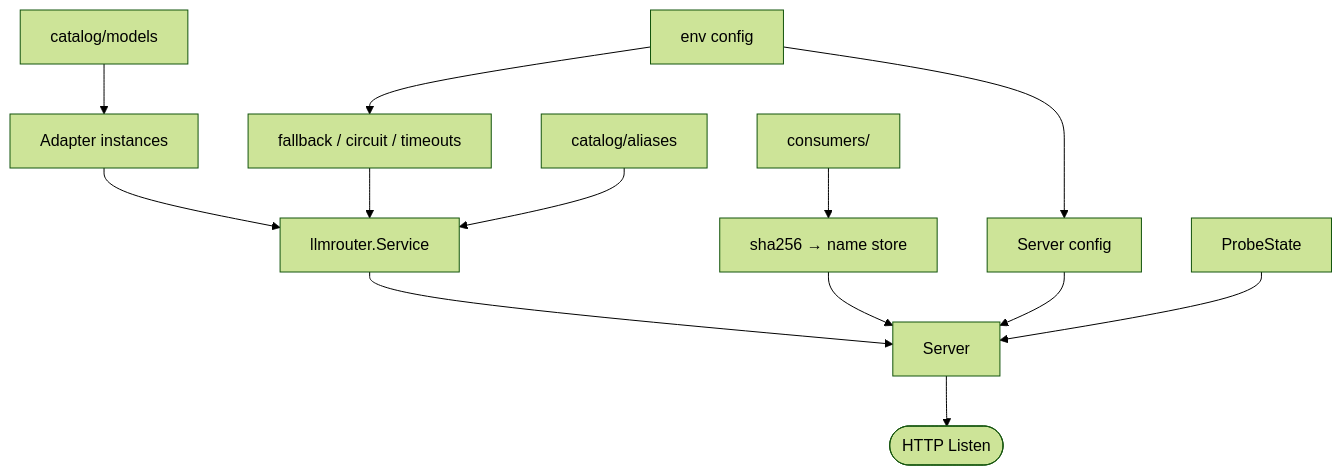
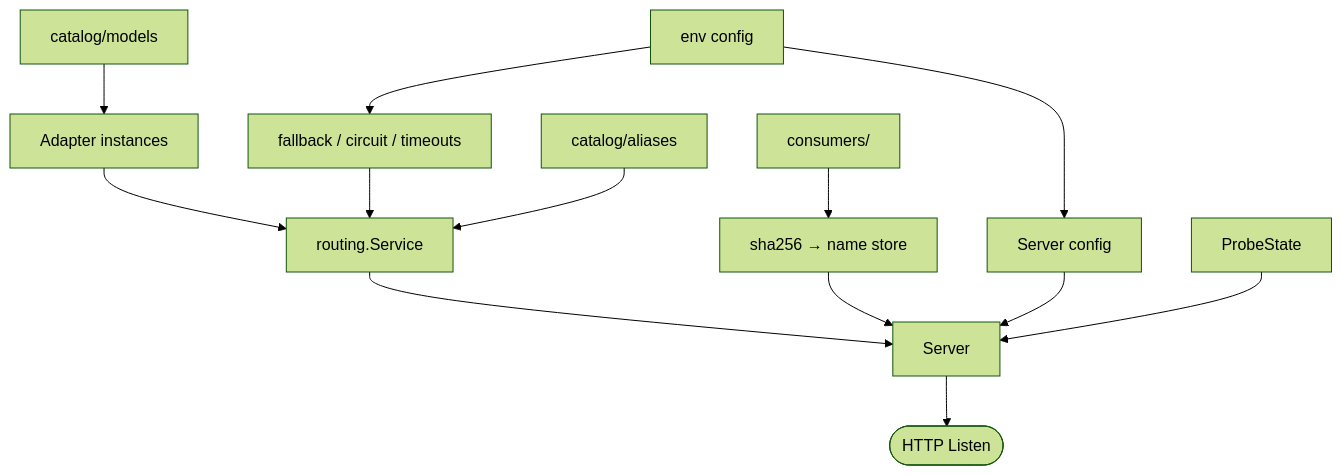
The first of 2 diagrams in docs/lifecycle.md (cagojeiger/llmgate), drawn with Mermaid (forest theme) before and after one commit. The commit also changed other lines of this file and 27 other files, not shown here.

First line of the commit message:
refactor(domain): move routing service under domain

````diff
--- a/docs/lifecycle.md
+++ b/docs/lifecycle.md
@@ -9,15 +9,15 @@
 ```mermaid
 graph TD
     Env[env config] --> ServerCfg[Server config]
     Env --> Policy[fallback / circuit / timeouts]
     CatalogM[catalog/models] --> Adapters[Adapter instances]
-    Adapters --> Service[llmrouter.Service]
+    Adapters --> Service[routing.Service]
     CatalogA[catalog/aliases] --> Service
     Policy --> Service
     Consumers[consumers/] --> Store[sha256 → name store]
     ServerCfg --> Server
     Store --> Server
     Service --> Server
     Probe[ProbeState] --> Server
     Server --> Listen([HTTP Listen])
 ```
````
